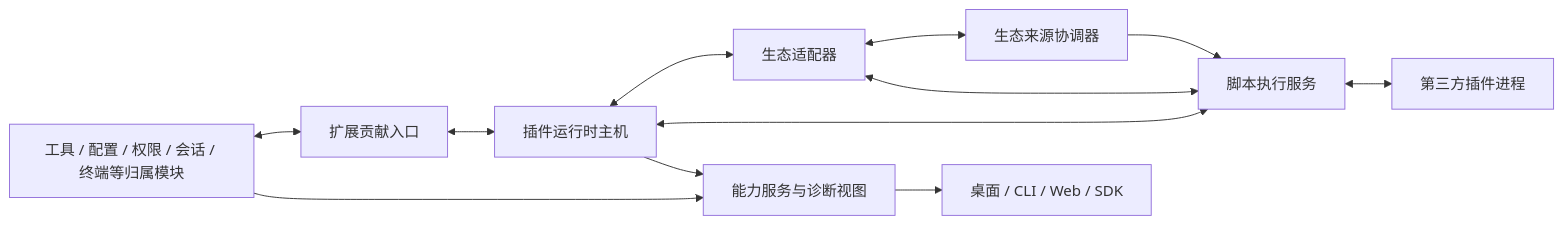
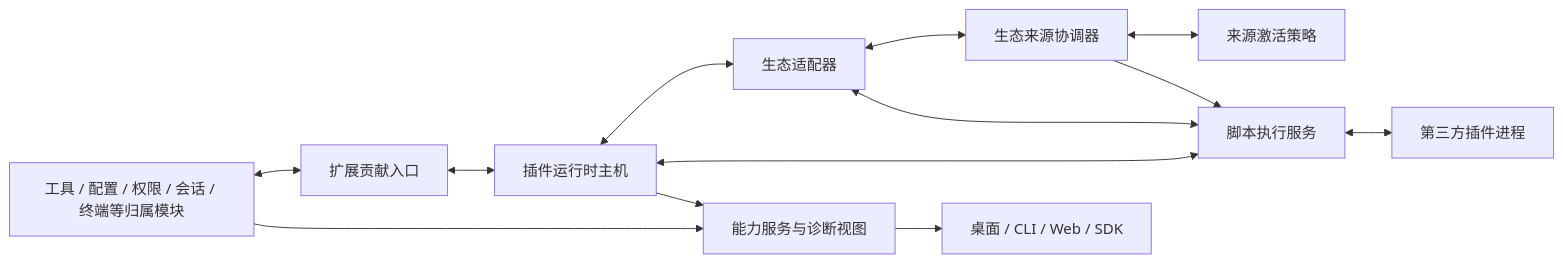
The first of 2 diagrams in docs/architecture/extensions/plugin-runtime-host-design.md (1688mengdie/BitFun), drawn with Mermaid before and after one commit. The commit also changed other lines of this file and 12 other files, not shown here.

````diff
--- a/docs/architecture/extensions/plugin-runtime-host-design.md
+++ b/docs/architecture/extensions/plugin-runtime-host-design.md
@@ -33,24 +35,26 @@
 ```mermaid
 flowchart LR
   Owners["工具 / 配置 / 权限 / 会话 / 终端等归属模块"]
   Gateway["扩展贡献入口"]
   Host["插件运行时主机"]
   Adapter["生态适配器"]
   Coordinator["生态来源协调器"]
+  Policy["来源激活策略"]
   Service["脚本执行服务"]
   Worker["第三方插件进程"]
   View["能力服务与诊断视图"]
   Surface["桌面 / CLI / Web / SDK"]
 
   Owners <--> Gateway
   Gateway <--> Host
   Host <--> Adapter
   Adapter <--> Coordinator
+  Coordinator <--> Policy
   Adapter <--> Service
   Coordinator --> Service
   Host <--> Service
   Service <--> Worker
   Owners --> View
   Host --> View
   View --> Surface
 ```
````
